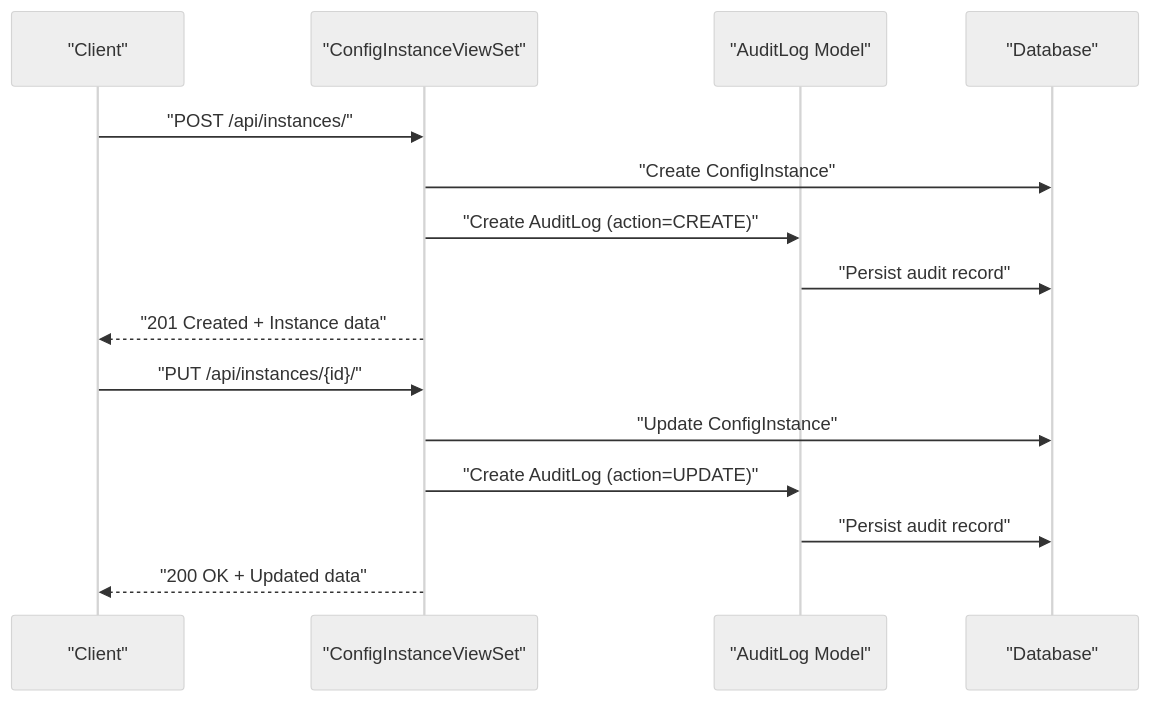
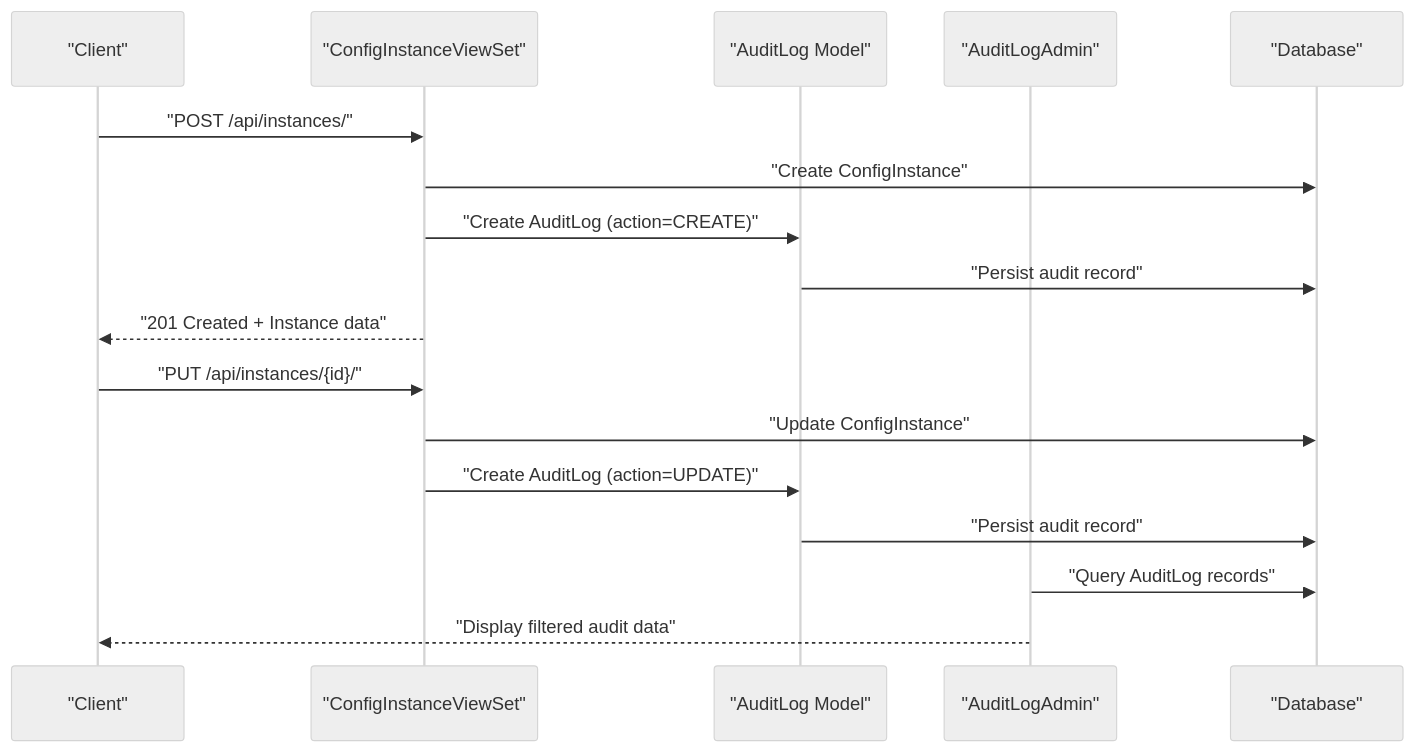
One commit to fengyong/ai-ops changed the second of 6 diagrams in .qoder/repowiki/en/content/Backend API Documentation/Audit Log API.md. Above: the diagram before and after it, drawn with Mermaid (neutral theme). The commit also changed other lines of this file and 7 other files, not shown here.

````diff
--- a/.qoder/repowiki/en/content/Backend API Documentation/Audit Log API.md
+++ b/.qoder/repowiki/en/content/Backend API Documentation/Audit Log API.md
@@ -82,17 +99,19 @@
 ```mermaid
 sequenceDiagram
 participant Client as "Client"
 participant API as "ConfigInstanceViewSet"
 participant Audit as "AuditLog Model"
+participant Admin as "AuditLogAdmin"
 participant DB as "Database"
 Client->>API : "POST /api/instances/"
 API->>DB : "Create ConfigInstance"
 API->>Audit : "Create AuditLog (action=CREATE)"
 Audit->>DB : "Persist audit record"
 API-->>Client : "201 Created + Instance data"
 Client->>API : "PUT /api/instances/{id}/"
 API->>DB : "Update ConfigInstance"
 API->>Audit : "Create AuditLog (action=UPDATE)"
 Audit->>DB : "Persist audit record"
-API-->>Client : "200 OK + Updated data"
+Admin->>DB : "Query AuditLog records"
+Admin-->>Client : "Display filtered audit data"
 ```
````
